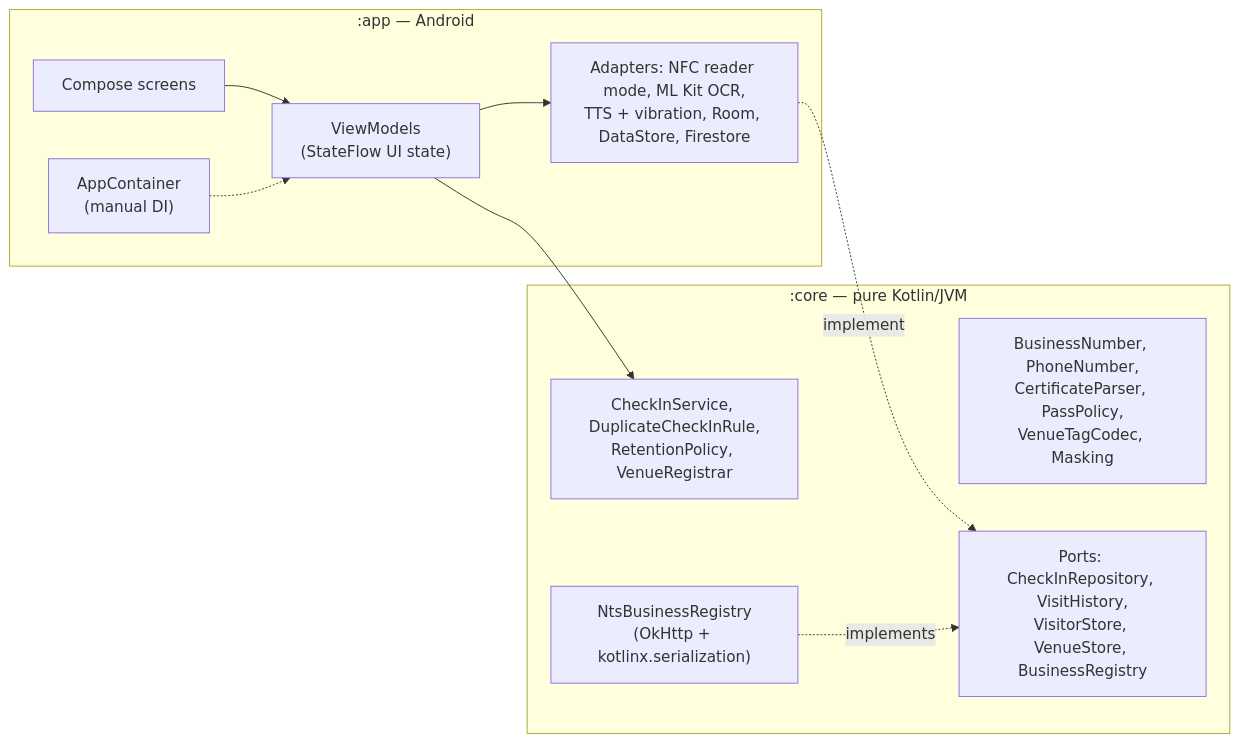
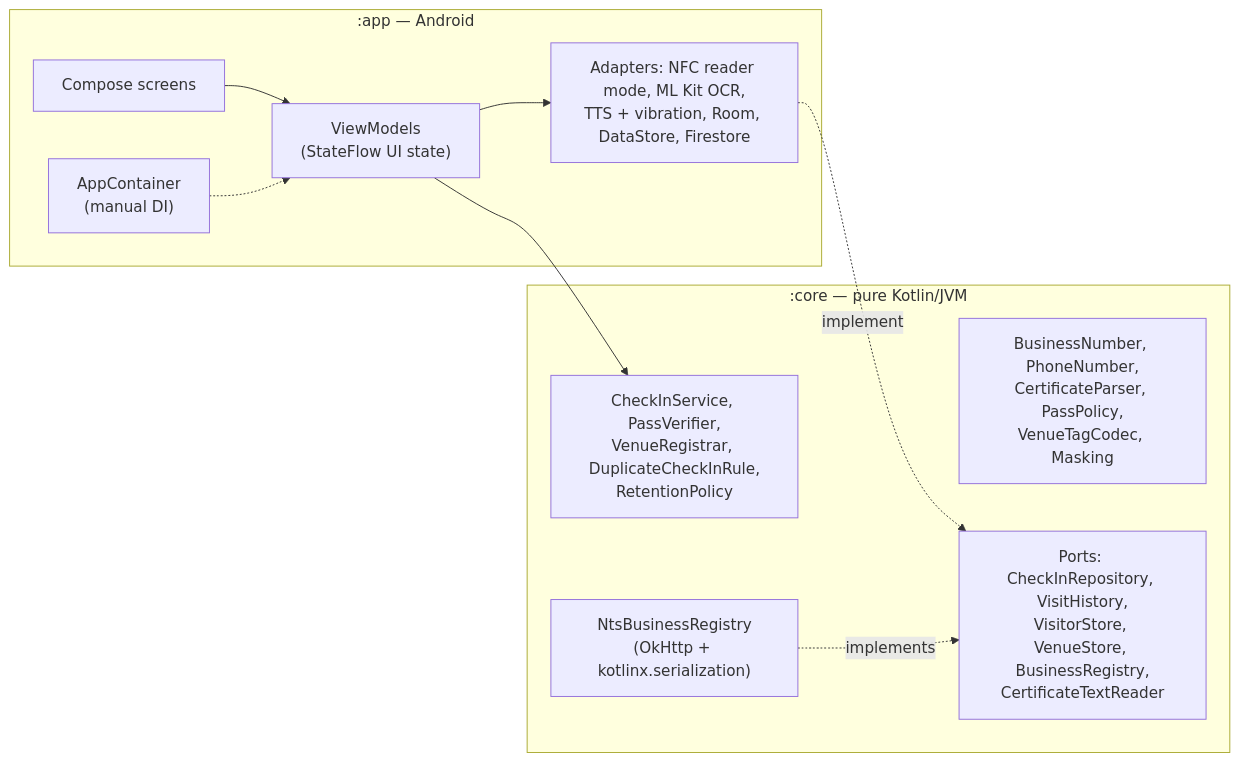
Before and after one commit to jumincho/covid-pass-nfc: the second of 2 diagrams in README.md, drawn with Mermaid. The commit also changed other lines of this file and 4 other files, not shown here.

````diff
--- a/README.md
+++ b/README.md
@@ -123,17 +123,17 @@
 ```mermaid
 flowchart LR
     subgraph app [":app — Android"]
         UI["Compose screens"] --> VM["ViewModels<br/>(StateFlow UI state)"]
         VM --> Adapters["Adapters: NFC reader mode, ML Kit OCR,<br/>TTS + vibration, Room, DataStore, Firestore"]
         DI["AppContainer<br/>(manual DI)"] -.-> VM
     end
     subgraph core [":core — pure Kotlin/JVM"]
         Domain["BusinessNumber, PhoneNumber,<br/>CertificateParser, PassPolicy,<br/>VenueTagCodec, Masking"]
-        Rules["CheckInService, DuplicateCheckInRule,<br/>RetentionPolicy, VenueRegistrar"]
-        Ports["Ports: CheckInRepository, VisitHistory,<br/>VisitorStore, VenueStore, BusinessRegistry"]
+        Rules["CheckInService, PassVerifier,<br/>VenueRegistrar, DuplicateCheckInRule,<br/>RetentionPolicy"]
+        Ports["Ports: CheckInRepository, VisitHistory,<br/>VisitorStore, VenueStore, BusinessRegistry,<br/>CertificateTextReader"]
         NTS["NtsBusinessRegistry<br/>(OkHttp + kotlinx.serialization)"]
     end
     VM --> Rules
     Adapters -. implement .-> Ports
     NTS -. implements .-> Ports
 ```
````
